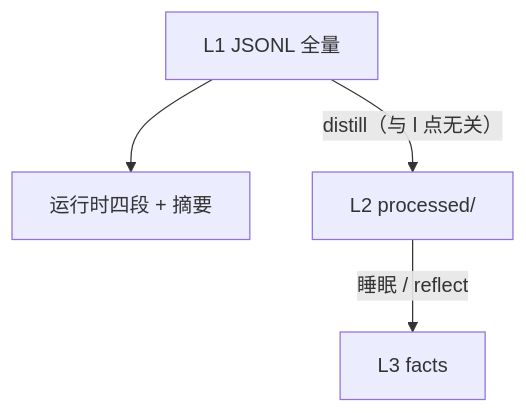
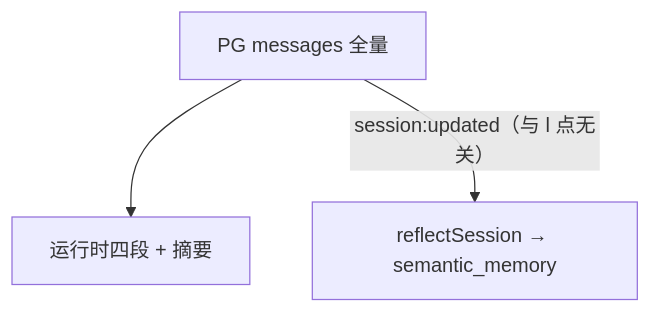
One commit to freeanima-org/freeanima changed the tenth of 10 diagrams in docs/compression.md. Above: the diagram before and after it, drawn with Mermaid. The commit also changed other lines of this file and 14 other files, not shown here.

````diff
--- a/docs/compression.md
+++ b/docs/compression.md
@@ -383,10 +386,8 @@
 ```mermaid
 flowchart TB
-  L1["L1 JSONL 全量"]
+  PG["PG messages 全量"]
   RT["运行时四段 + 摘要"]
-  L2p["L2 processed/"]
-  L3["L3 facts"]
-  L1 --> RT
-  L1 -->|"distill（与 l 点无关）"| L2p
-  L2p -->|"睡眠 / reflect"| L3
+  Reflect["reflectSession → semantic_memory"]
+  PG --> RT
+  PG -->|"session:updated（与 l 点无关）"| Reflect
 ```
````
